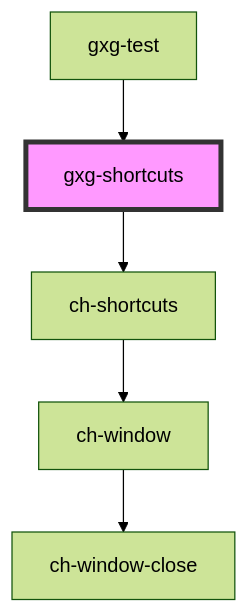
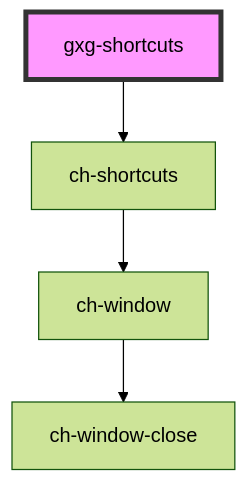
One commit to genexuslabs/gemini changed the diagram in src/components/shortcuts/readme.md. Above: the diagram before and after it, drawn with Mermaid (forest theme). The commit also changed other lines of this file and 4 other files, not shown here.

````diff
--- a/src/components/shortcuts/readme.md
+++ b/src/components/shortcuts/readme.md
@@ -27,8 +23,7 @@
 ```mermaid
 graph TD;
   gxg-shortcuts --> ch-shortcuts
   ch-shortcuts --> ch-window
   ch-window --> ch-window-close
-  gxg-test --> gxg-shortcuts
   style gxg-shortcuts fill:#f9f,stroke:#333,stroke-width:4px
 ```
````
